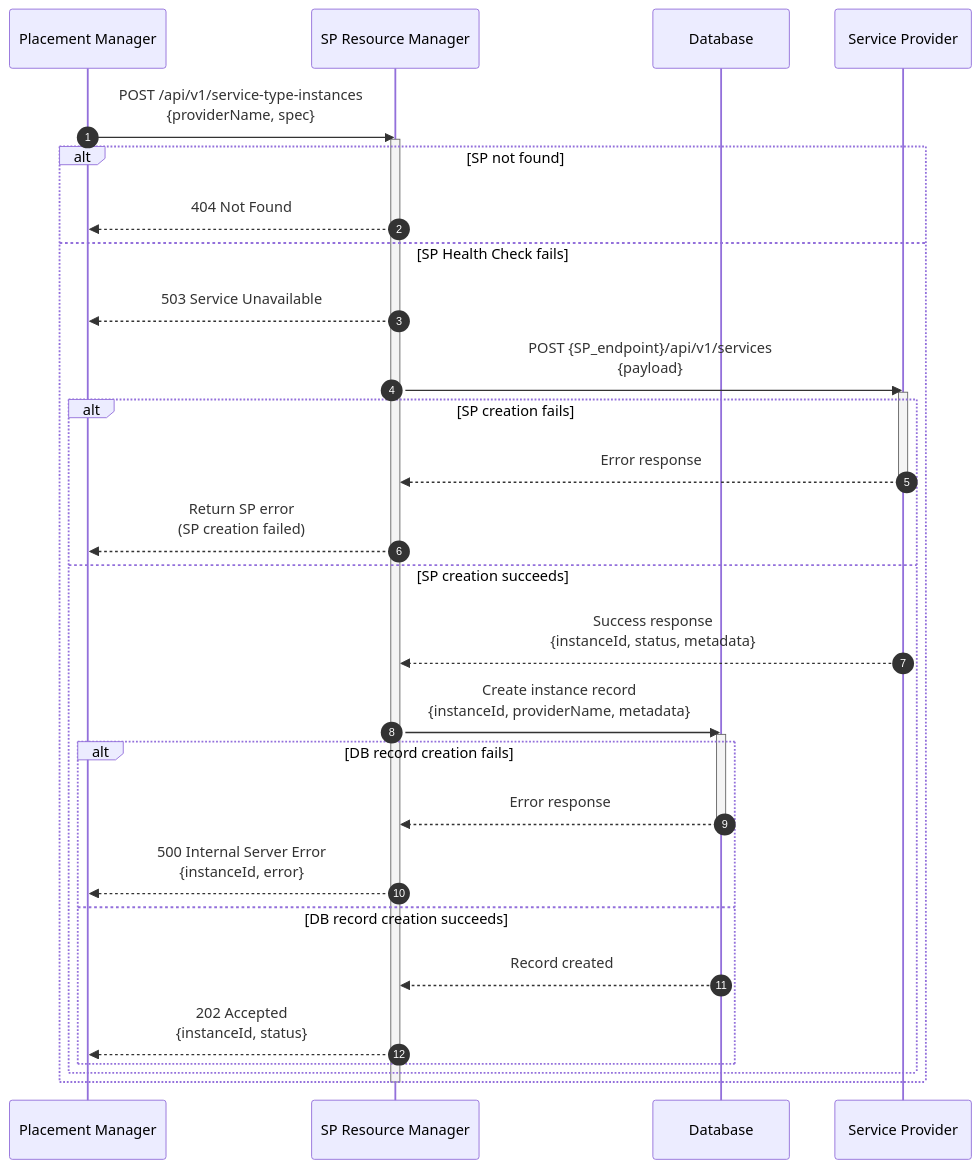
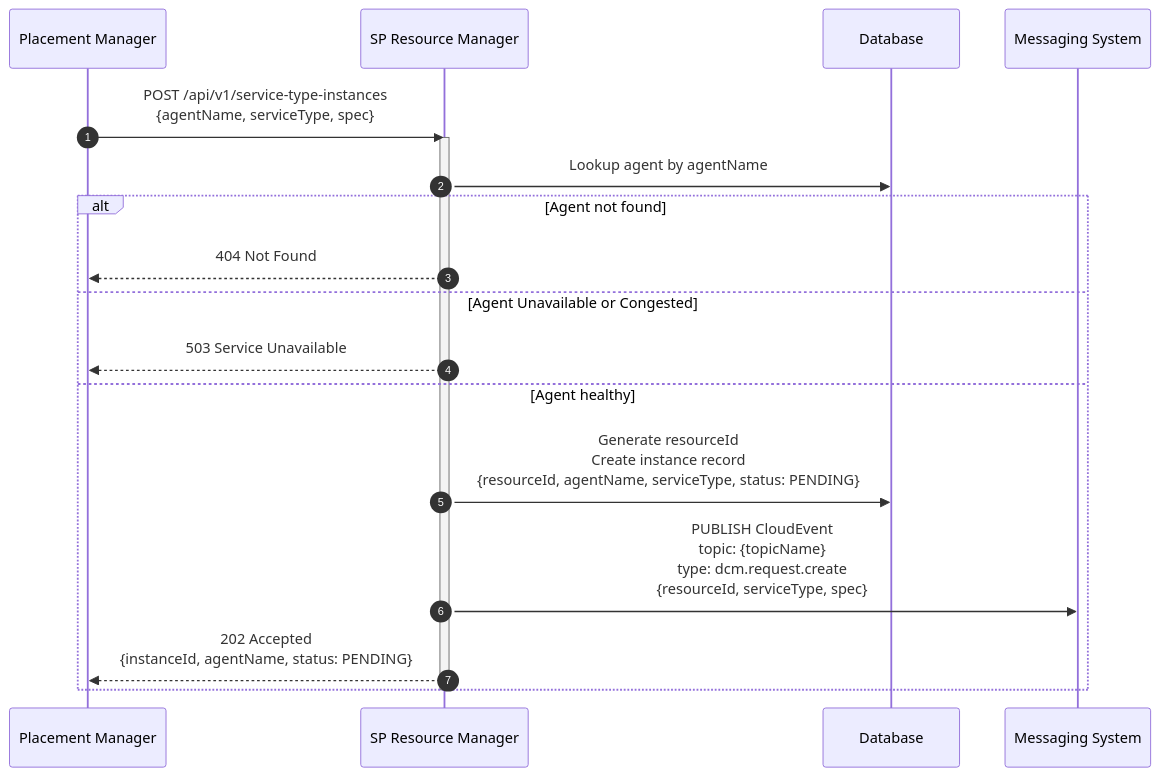
One commit to dcm-project/enhancements changed the first of 2 diagrams in enhancements/sp-resource-manager/sp-resource-manager.md. Above: the diagram before and after it, drawn with Mermaid. The commit also changed other lines of this file and 7 other files, not shown here.

````diff
--- a/enhancements/sp-resource-manager/sp-resource-manager.md
+++ b/enhancements/sp-resource-manager/sp-resource-manager.md
@@ -195,42 +216,26 @@
 ```mermaid
 sequenceDiagram
     autonumber
     participant PS as Placement Manager
     participant SPRM as SP Resource Manager
     participant DB as Database
-    participant SP as Service Provider
+    participant MS as Messaging System
 
-    PS->>SPRM: POST /api/v1/service-type-instances<br/>{providerName, spec}
+    PS->>SPRM: POST /api/v1/service-type-instances<br/>{agentName, serviceType, spec}
     activate SPRM
 
-
-    alt SP not found
+    SPRM->>DB: Lookup agent by agentName
+    alt Agent not found
         SPRM-->>PS: 404 Not Found
-    else SP Health Check fails
+    else Agent Unavailable or Congested
         SPRM-->>PS: 503 Service Unavailable
 
-        SPRM->>SP: POST {SP_endpoint}/api/v1/services<br/>{payload}
-        activate SP
+    else Agent healthy
+        SPRM->>DB: Generate resourceId<br/>Create instance record<br/>{resourceId, agentName, serviceType, status: PENDING}
 
-        alt SP creation fails
-            SP-->>SPRM: Error response
-            deactivate SP
-            SPRM-->>PS: Return SP error<br/>(SP creation failed)
-        else SP creation succeeds
-            SP-->>SPRM: Success response<br/>{instanceId, status, metadata}
-            SPRM->>DB: Create instance record<br/>{instanceId, providerName, metadata}
-            activate DB
+        SPRM->>MS: PUBLISH CloudEvent<br/>topic: {topicName}<br/>type: dcm.request.create<br/>{resourceId, serviceType, spec}
 
-            alt DB record creation fails
-                DB-->>SPRM: Error response
-                deactivate DB
-                SPRM-->>PS: 500 Internal Server Error<br/>{instanceId, error}
-
-            else DB record creation succeeds
-                DB-->>SPRM: Record created
-                SPRM-->>PS: 202 Accepted<br/>{instanceId, status}
-            end
-        end
+        SPRM-->>PS: 202 Accepted<br/>{instanceId, agentName, status: PENDING}
     end
     deactivate SPRM
 ```
````
